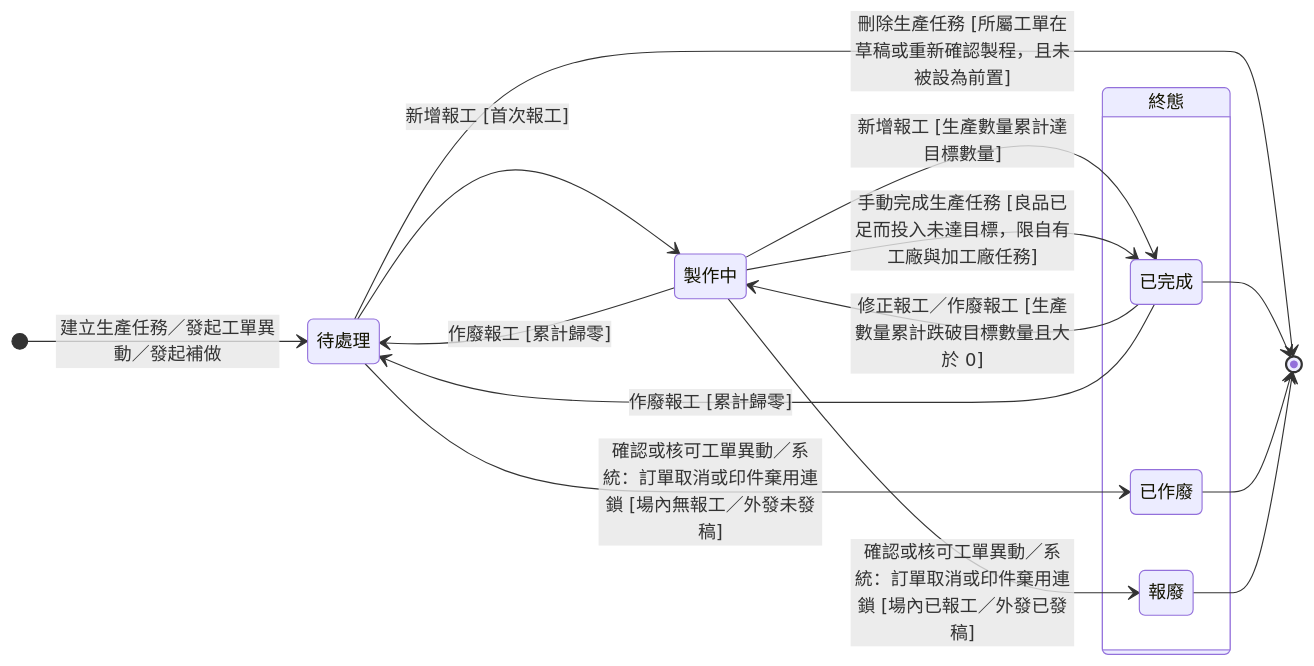
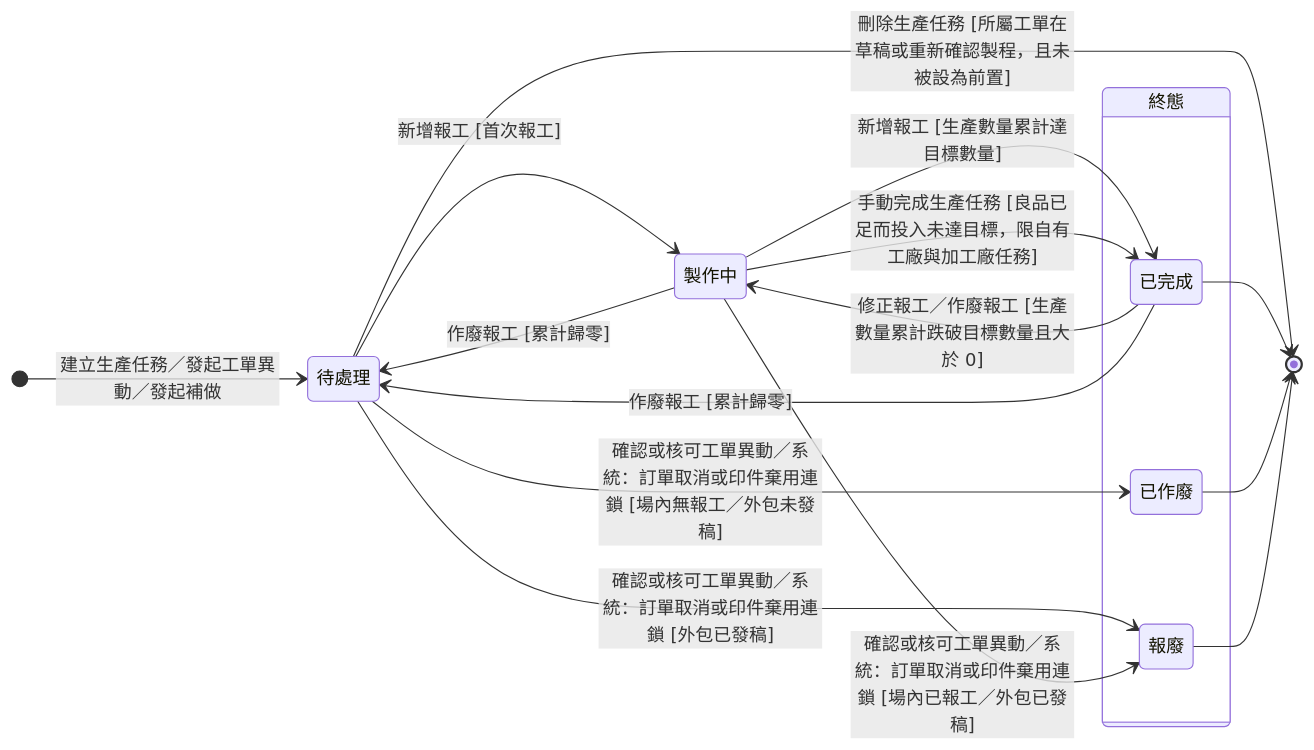
One commit to Kawato-Miles/erp-spec changed the diagram in memory/Sens_wiki/wiki/erp/06-state-machines/生產任務狀態.md. Above: the diagram before and after it, drawn with Mermaid. The commit also changed other lines of this file and 134 other files, not shown here.

````diff
--- a/memory/Sens_wiki/wiki/erp/06-state-machines/生產任務狀態.md
+++ b/memory/Sens_wiki/wiki/erp/06-state-machines/生產任務狀態.md
@@ -50,31 +56,32 @@
 ```mermaid
 stateDiagram-v2
     direction LR
 
     [*] --> s_pending : 建立生產任務／發起工單異動／發起補做
 
     state "待處理" as s_pending
     state "製作中" as s_making
 
     state "終態" as Final {
         state "已完成" as s_done
         state "已作廢" as s_void
         state "報廢" as s_scrap
     }
 
     s_pending --> [*] : 刪除生產任務 [所屬工單在草稿或重新確認製程，且未被設為前置]
     s_pending --> s_making : 新增報工 [首次報工]
     s_making --> s_done : 新增報工 [生產數量累計達目標數量]
     s_making --> s_done : 手動完成生產任務 [良品已足而投入未達目標，限自有工廠與加工廠任務]
 
     s_making --> s_pending : 作廢報工 [累計歸零]
     s_done --> s_making : 修正報工／作廢報工 [生產數量累計跌破目標數量且大於 0]
     s_done --> s_pending : 作廢報工 [累計歸零]
 
-    s_pending --> s_void : 確認或核可工單異動／系統：訂單取消或印件棄用連鎖 [場內無報工／外發未發稿]
-    s_making --> s_scrap : 確認或核可工單異動／系統：訂單取消或印件棄用連鎖 [場內已報工／外發已發稿]
+    s_pending --> s_void : 確認或核可工單異動／系統：訂單取消或印件棄用連鎖 [場內無報工／外包未發稿]
+    s_pending --> s_scrap : 確認或核可工單異動／系統：訂單取消或印件棄用連鎖 [外包已發稿]
+    s_making --> s_scrap : 確認或核可工單異動／系統：訂單取消或印件棄用連鎖 [場內已報工／外包已發稿]
 
     s_done --> [*]
     s_void --> [*]
     s_scrap --> [*]
 ```
````
